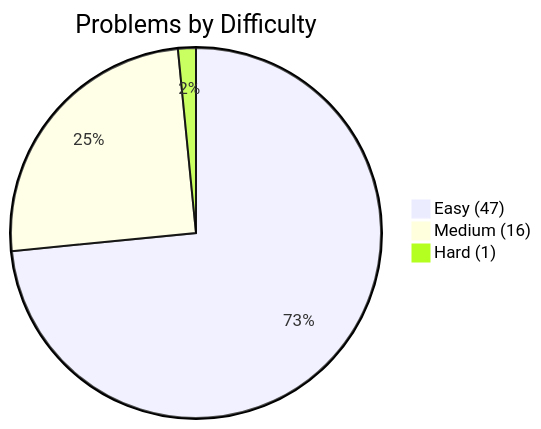
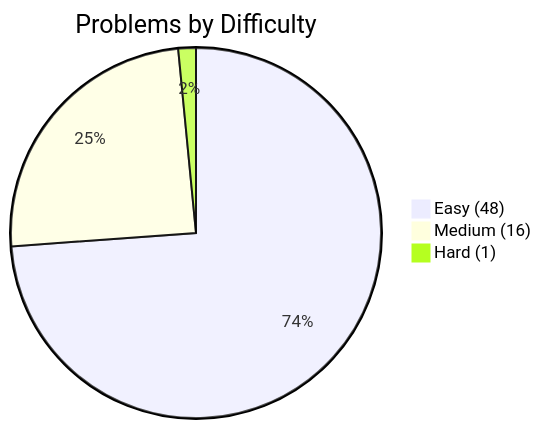
Before and after one commit to kanishk-procoder/leetcode-grind: the first of 2 diagrams in PROGRESS.md, drawn with Mermaid. The commit also changed other lines of this file and 6 other files, not shown here.

````diff
--- a/PROGRESS.md
+++ b/PROGRESS.md
@@ -5,6 +5,6 @@
 ```mermaid
 pie title Problems by Difficulty
-    "Easy (47)" : 47
+    "Easy (48)" : 48
     "Medium (16)" : 16
     "Hard (1)" : 1
 ```
````
